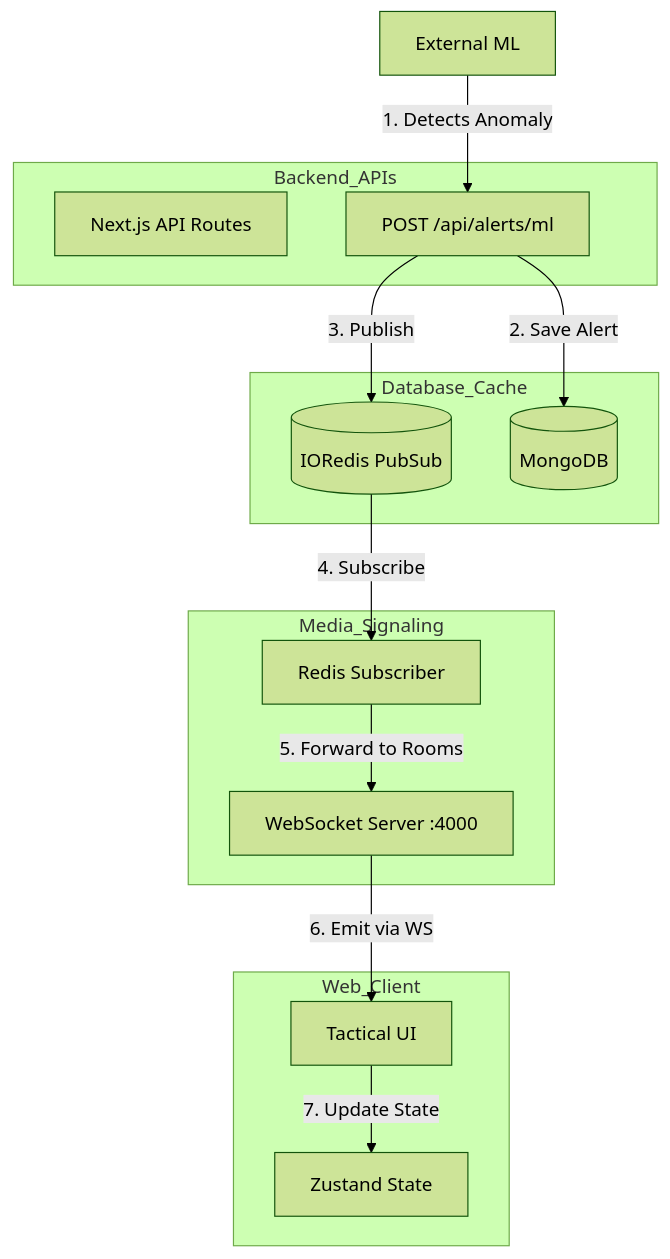
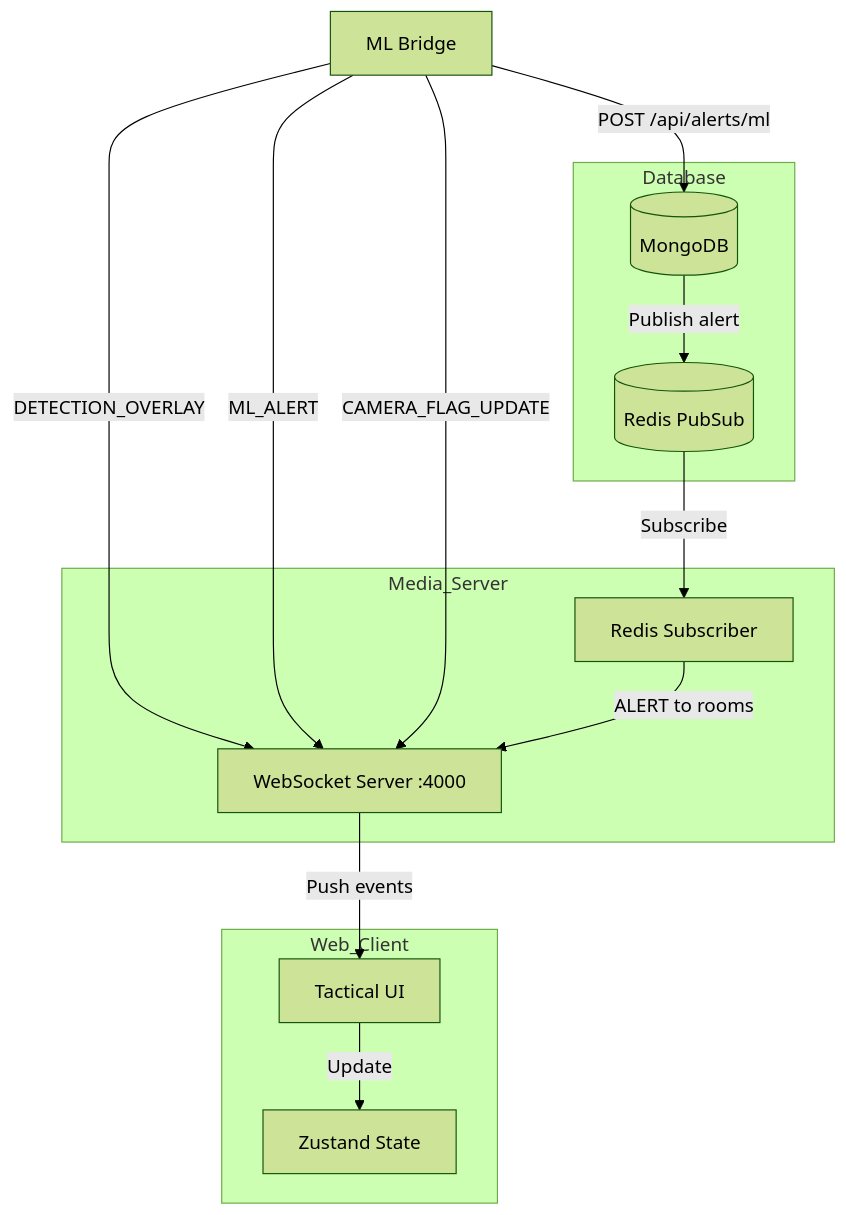
One commit to DevanshBehl/solvathon changed the third of 5 diagrams in README.md. Above: the diagram before and after it, drawn with Mermaid (forest theme). The commit also changed other lines of this file and 6 other files, not shown here.

````diff
--- a/README.md
+++ b/README.md
@@ -38,30 +153,29 @@
 ```mermaid
 graph TD
     subgraph Web_Client
         UI[Tactical UI]
         Zustand[Zustand State]
     end
 
-    subgraph Backend_APIs
-        NextAPI[Next.js API Routes]
-        Webhook[POST /api/alerts/ml]
+    subgraph Media_Server
+        WS[WebSocket Server :4000]
+        Sub[Redis Subscriber]
     end
 
-    subgraph Media_Signaling
-        WS[WebSocket Server :4000]
-        Subscriber[Redis Subscriber]
-    end
-
-    subgraph Database_Cache
-        Redis[(IORedis PubSub)]
+    subgraph Database
+        Redis[(Redis PubSub)]
         Mongo[(MongoDB)]
     end
 
-    ML_Engine[External ML] -->|1. Detects Anomaly| Webhook
-    Webhook -->|2. Save Alert| Mongo
-    Webhook -->|3. Publish| Redis
-    Redis -->|4. Subscribe| Subscriber
-    Subscriber -->|5. Forward to Rooms| WS
-    WS -->|6. Emit via WS| UI
-    UI -->|7. Update State| Zustand
+    Bridge[ML Bridge] -->|DETECTION_OVERLAY| WS
+    Bridge -->|ML_ALERT| WS
+    Bridge -->|CAMERA_FLAG_UPDATE| WS
+    Bridge -->|POST /api/alerts/ml| Mongo
+
+    Mongo -->|Publish alert| Redis
+    Redis -->|Subscribe| Sub
+    Sub -->|ALERT to rooms| WS
+
+    WS -->|Push events| UI
+    UI -->|Update| Zustand
 ```
````
